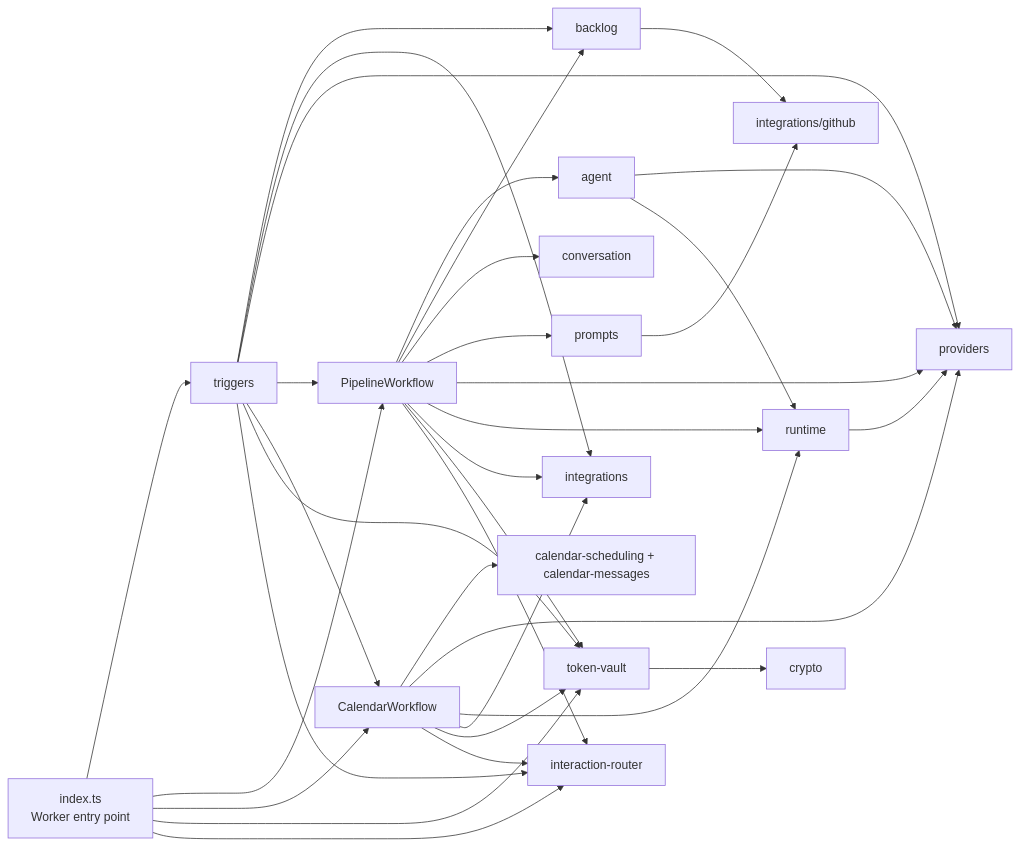
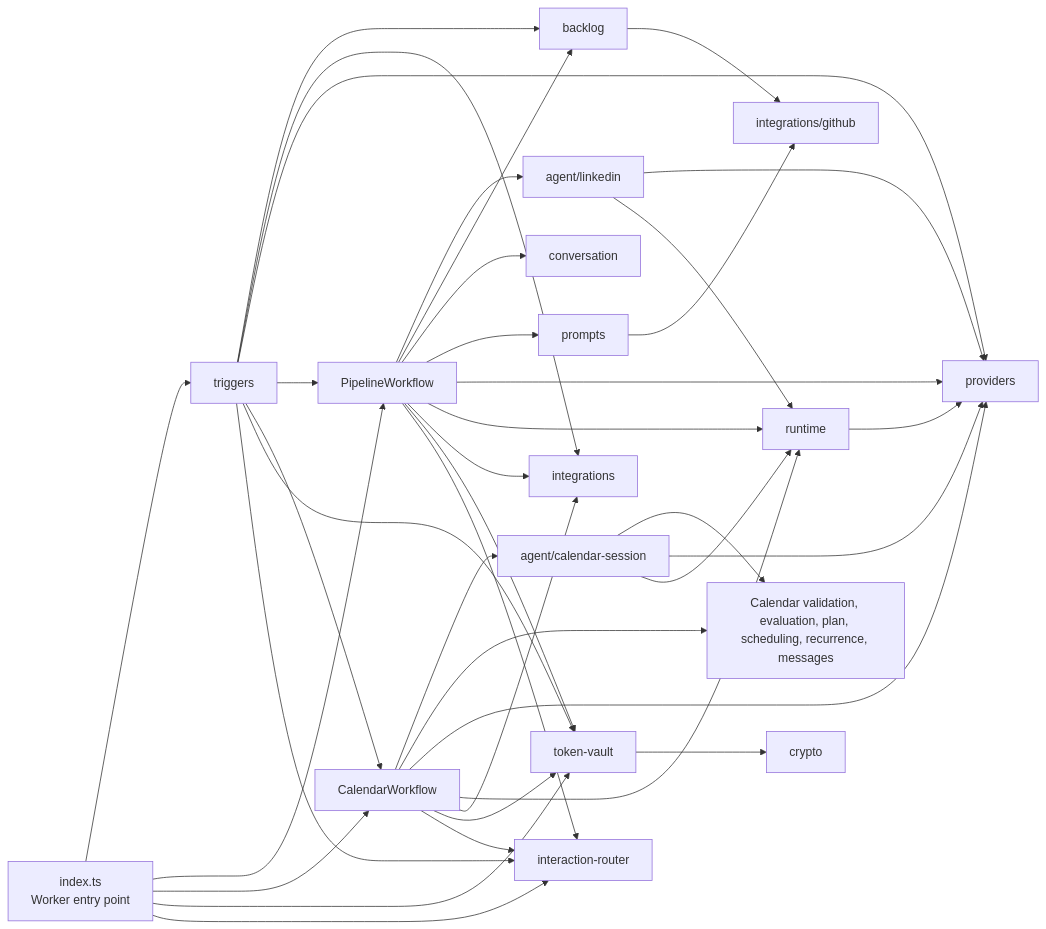
One commit to satwikhebbar/kipp changed the diagram in docs/architecture/modules.md. Above: the diagram before and after it, drawn with Mermaid. The commit also changed other lines of this file and 8 other files, not shown here.

Commit message:
docs: refresh Kipp architecture and README

````diff
--- a/docs/architecture/modules.md
+++ b/docs/architecture/modules.md
@@ -8,40 +8,44 @@
 ```mermaid
 flowchart LR
   entry["index.ts\nWorker entry point"] --> triggers["triggers"]
   entry --> linkedin_workflow["PipelineWorkflow"]
   entry --> calendar_workflow["CalendarWorkflow"]
   entry --> vault["token-vault"]
   entry --> router["interaction-router"]
 
   triggers --> backlog["backlog"]
   triggers --> integrations["integrations"]
   triggers --> providers["providers"]
   triggers --> linkedin_workflow
   triggers --> calendar_workflow
   triggers --> vault
   triggers --> router
 
-  linkedin_workflow --> agents["agent"]
+  linkedin_workflow --> linkedin_agent["agent/linkedin"]
   linkedin_workflow --> backlog
   linkedin_workflow --> conversation["conversation"]
   linkedin_workflow --> prompts["prompts"]
   linkedin_workflow --> providers
   linkedin_workflow --> runtime["runtime"]
   linkedin_workflow --> integrations
   linkedin_workflow --> vault
   linkedin_workflow --> router
 
-  calendar_workflow --> calendar_domain["calendar-scheduling + calendar-messages"]
+  calendar_workflow --> calendar_agent["agent/calendar-session"]
+  calendar_workflow --> calendar_domain["Calendar validation, evaluation, plan, scheduling, recurrence, messages"]
   calendar_workflow --> providers
   calendar_workflow --> runtime
   calendar_workflow --> integrations
   calendar_workflow --> vault
   calendar_workflow --> router
 
   backlog --> github["integrations/github"]
   prompts --> github
-  agents --> providers
-  agents --> runtime
+  linkedin_agent --> providers
+  linkedin_agent --> runtime
+  calendar_agent --> calendar_domain
+  calendar_agent --> providers
+  calendar_agent --> runtime
   runtime --> providers
   vault --> crypto["crypto"]
 ```
````
